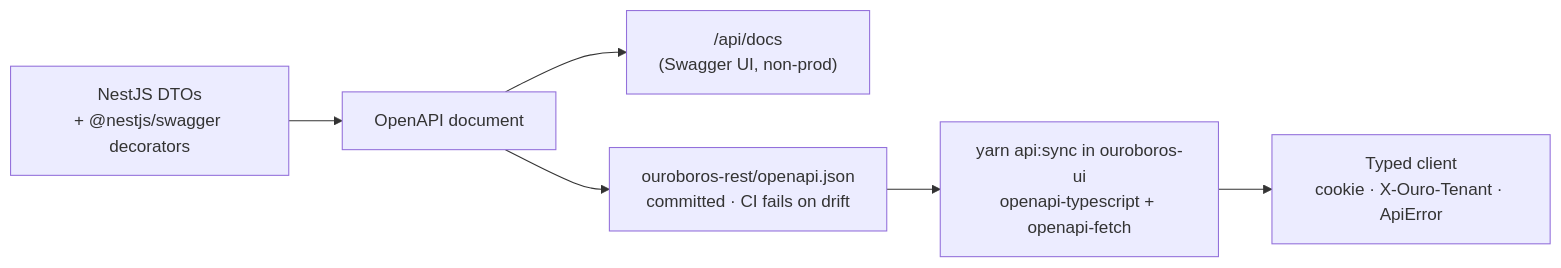
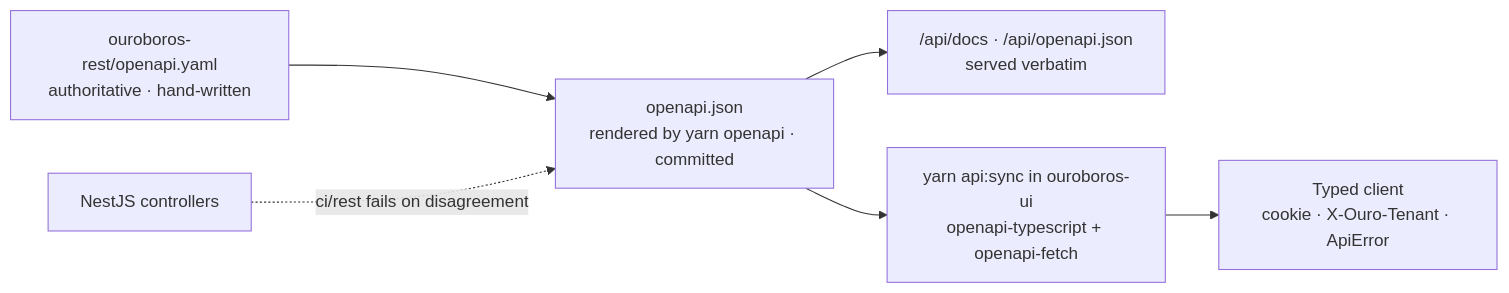
The sixth of 7 diagrams in docs/ARCHITECTURE.md (NobuData/ouroboros), drawn with Mermaid before and after one commit. The commit also changed other lines of this file and 12 other files, not shown here.

Commit message:
fix: updates to include openapi spec file

````diff
--- a/docs/ARCHITECTURE.md
+++ b/docs/ARCHITECTURE.md
@@ -366,8 +372,8 @@
 ```mermaid
 flowchart LR
-    DTO["NestJS DTOs<br/>+ @nestjs/swagger decorators"] --> DOC["OpenAPI document"]
-    DOC --> HUMAN["/api/docs<br/>(Swagger UI, non-prod)"]
-    DOC --> FILE["ouroboros-rest/openapi.json<br/>committed · CI fails on drift"]
-    FILE --> GEN["yarn api:sync in ouroboros-ui<br/>openapi-typescript + openapi-fetch"]
+    SPEC["ouroboros-rest/openapi.yaml<br/>authoritative · hand-written"] --> JSON["openapi.json<br/>rendered by yarn openapi · committed"]
+    JSON --> HUMAN["/api/docs · /api/openapi.json<br/>served verbatim"]
+    JSON --> GEN["yarn api:sync in ouroboros-ui<br/>openapi-typescript + openapi-fetch"]
     GEN --> CLIENT["Typed client<br/>cookie · X-Ouro-Tenant · ApiError"]
+    CODE["NestJS controllers"] -. "ci/rest fails on disagreement" .-> JSON
 ```
````
